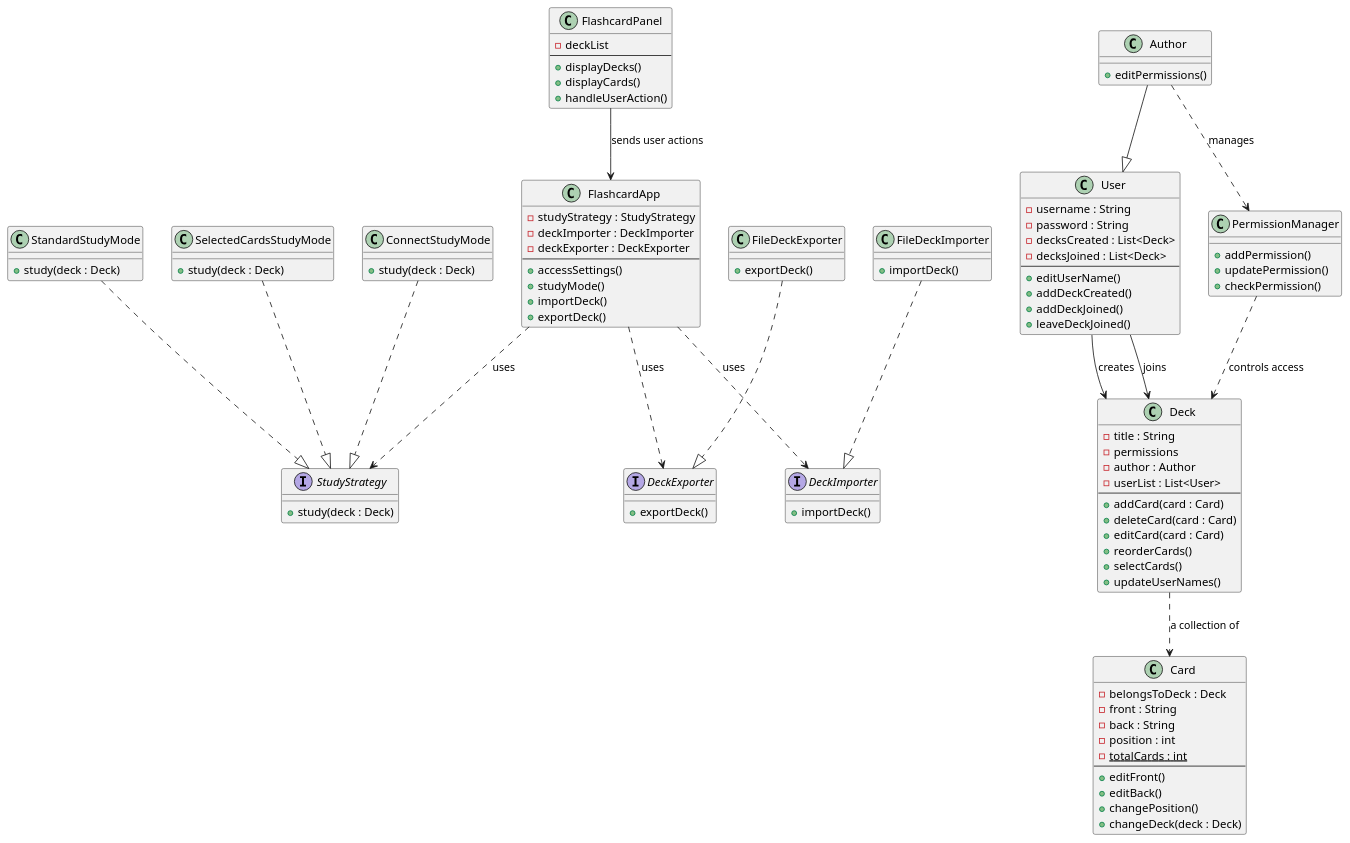
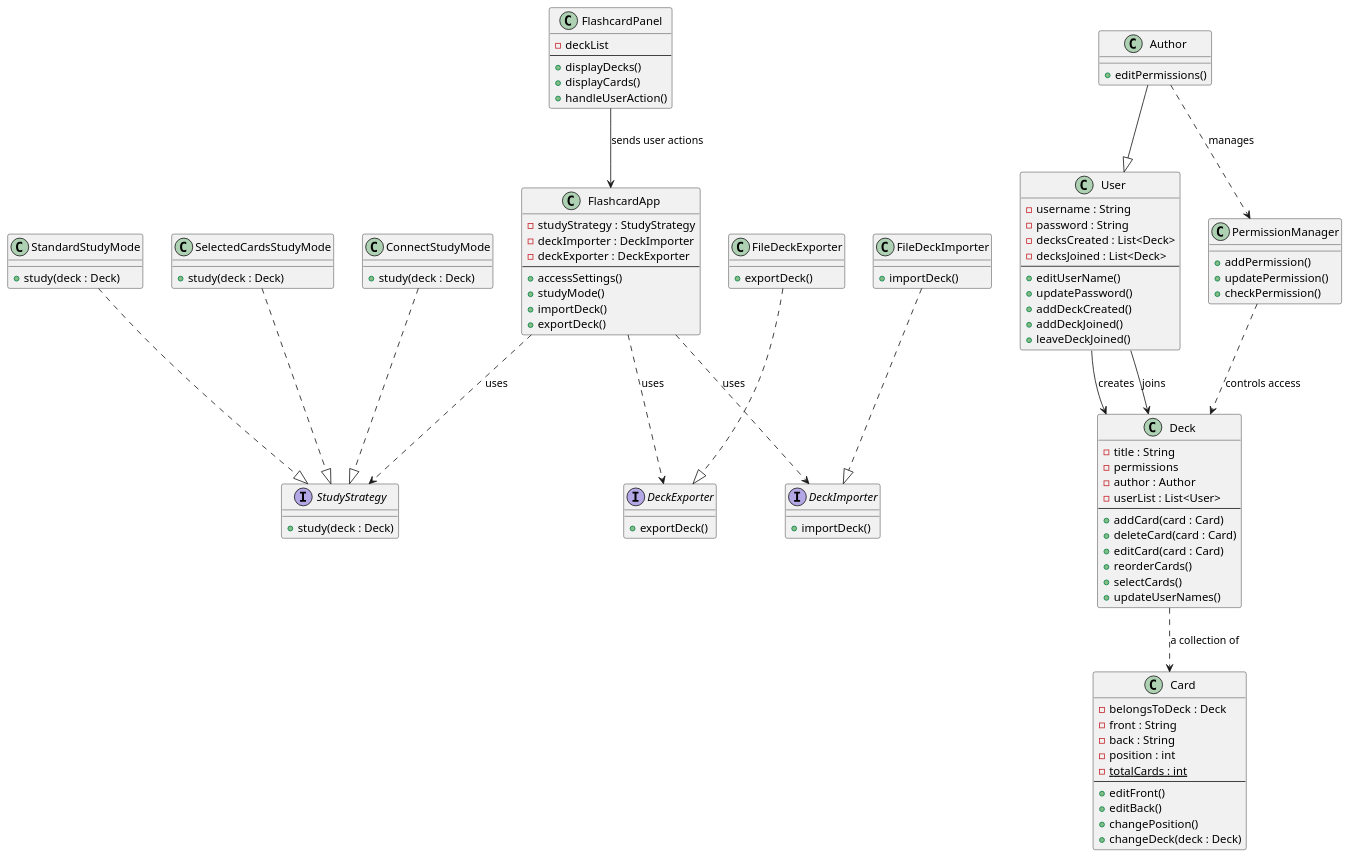
One commit to yaramegahed-st/team-project changed the diagram in images/firstUML.puml. Above: the diagram before and after it, drawn with PlantUML. The commit also changed 1 other file, not shown here.

Commit message:
add edit password to User in UML

```diff
--- a/images/firstUML.puml
+++ b/images/firstUML.puml
@@ -1,134 +1,135 @@
 @startuml
 
 ' GUI and Application
 
 class FlashcardPanel {
     -deckList
     --
     +displayDecks()
     +displayCards()
     +handleUserAction()
 }
 
 class FlashcardApp {
     -studyStrategy : StudyStrategy
     -deckImporter : DeckImporter
     -deckExporter : DeckExporter
     --
     +accessSettings()
     +studyMode()
     +importDeck()
     +exportDeck()
 }
 
 FlashcardPanel --> FlashcardApp : sends user actions
 FlashcardApp ..> StudyStrategy : uses
 FlashcardApp ..> DeckImporter : uses
 FlashcardApp ..> DeckExporter : uses
 
 ' Users and Authors
 
 class User {
     -username : String
     -password : String
     -decksCreated : List<Deck>
     -decksJoined : List<Deck>
     --
     +editUserName()
+    +updatePassword()
     +addDeckCreated()
     +addDeckJoined()
     +leaveDeckJoined()
 }
 
 class Author {
     +editPermissions()
 }
 Author --|> User
 
 ' Decks and Cards
 
 class Deck {
     -title : String
     -permissions
     -author : Author
     -userList : List<User>
     --
     +addCard(card : Card)
     +deleteCard(card : Card)
     +editCard(card : Card)
     +reorderCards()
     +selectCards()
     +updateUserNames()
 }
 
 class Card {
     -belongsToDeck : Deck
     -front : String
     -back : String
     -position : int
     {static} -totalCards : int
     --
     +editFront()
     +editBack()
     +changePosition()
     +changeDeck(deck : Deck)
 }
 
 User  -->  Deck : creates
 User  --> Deck : joins
 Deck ..> Card : a collection of
 
 ' Study Mode Abstraction
 
 interface StudyStrategy {
     +study(deck : Deck)
 }
 
 class StandardStudyMode {
     +study(deck : Deck)
 }
 
 class SelectedCardsStudyMode {
     +study(deck : Deck)
 }
 
 class ConnectStudyMode {
     +study(deck : Deck)
 }
 
 StandardStudyMode ..|> StudyStrategy
 SelectedCardsStudyMode ..|> StudyStrategy
 ConnectStudyMode ..|> StudyStrategy
 
 ' Import and Export Abstractions
 
 interface DeckImporter {
     +importDeck()
 }
 
 interface DeckExporter {
     +exportDeck()
 }
 
 class FileDeckImporter {
     +importDeck()
 }
 
 class FileDeckExporter {
     +exportDeck()
 }
 
 FileDeckImporter ..|> DeckImporter
 FileDeckExporter ..|> DeckExporter
 
 ' Permissions
 
 class PermissionManager {
     +addPermission()
     +updatePermission()
     +checkPermission()
 }
 
 Author ..> PermissionManager : manages
 PermissionManager ..> Deck : controls access
 @enduml
```
